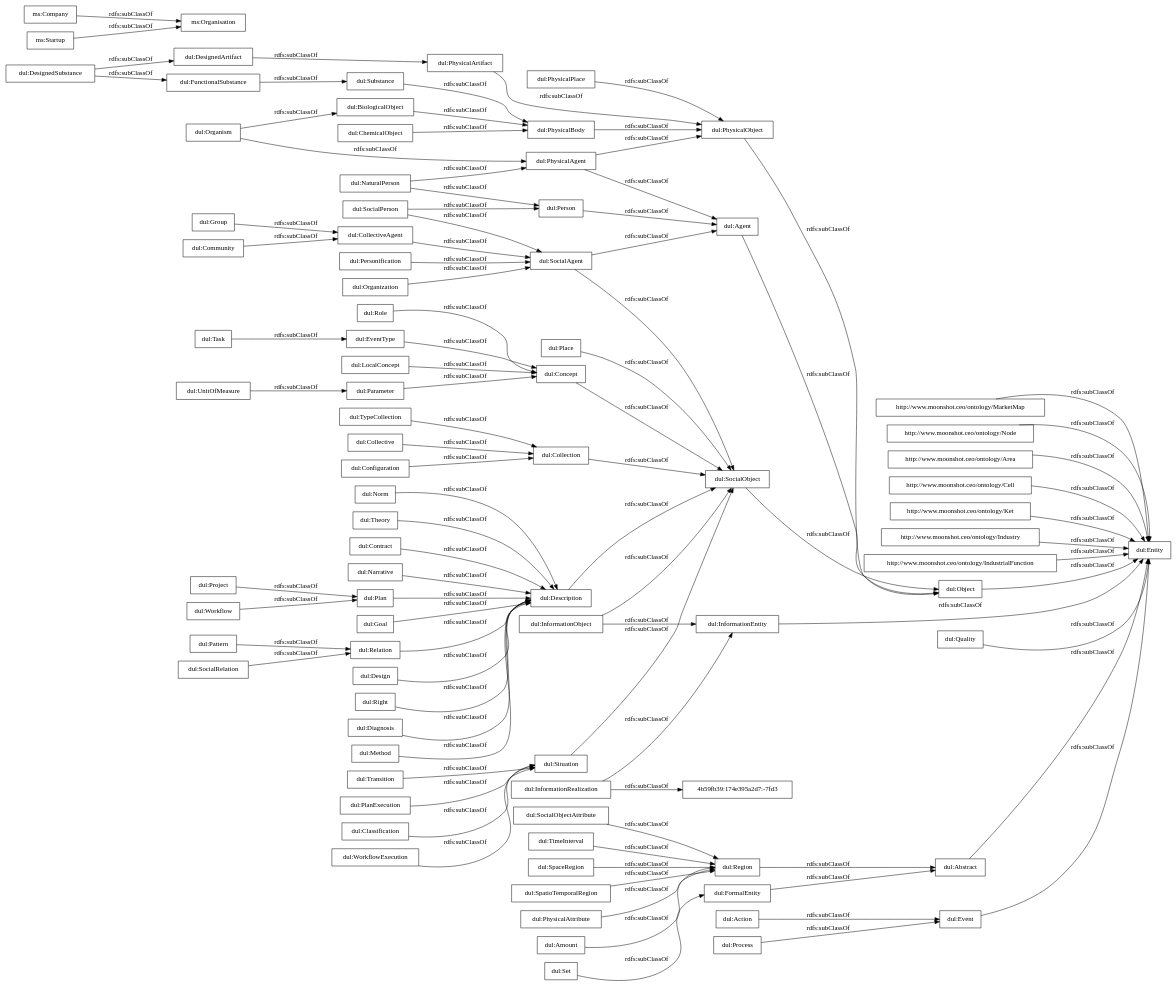
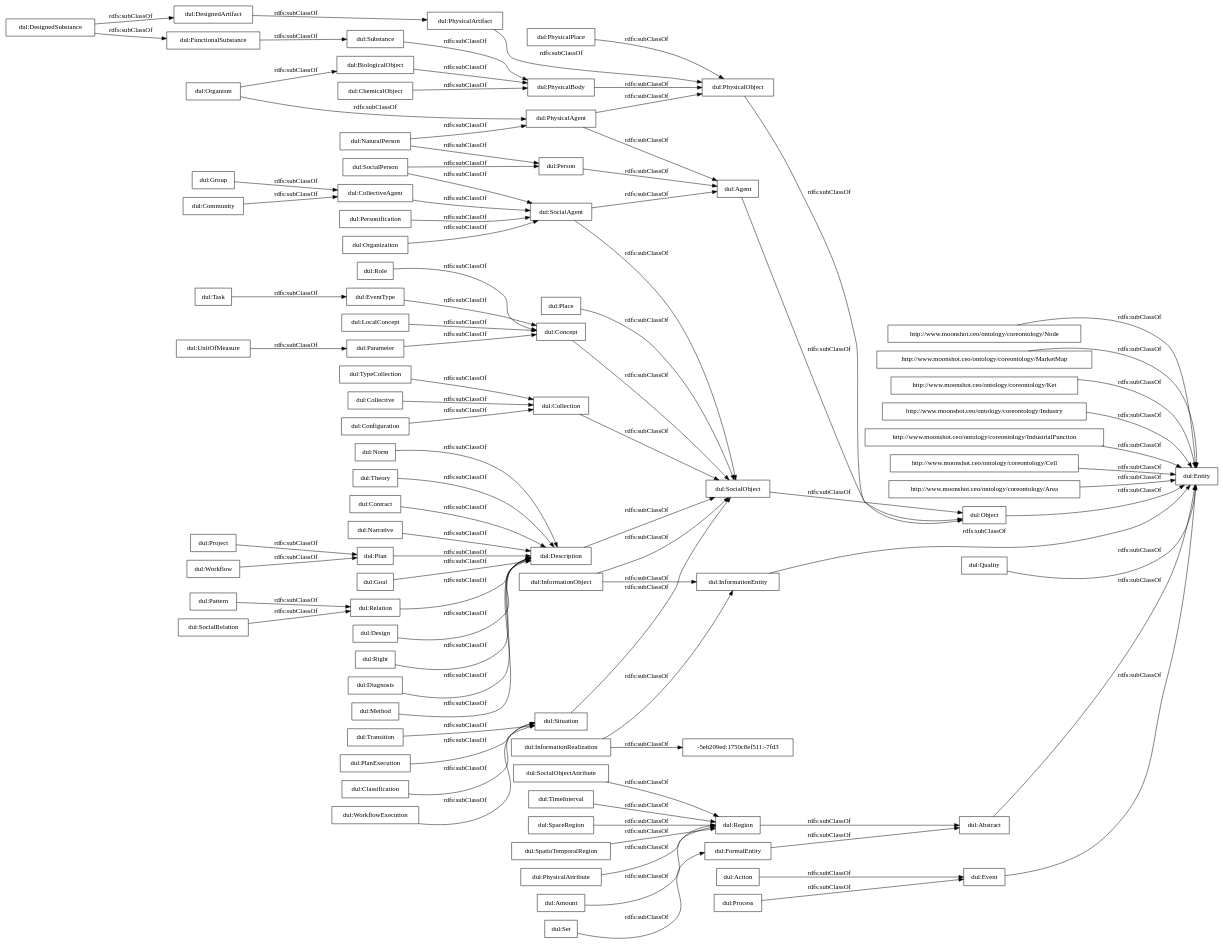
One commit to oeg-upm/IEBrain changed the diagram in OnToology/iebrain.ttl/diagrams/ar2dtool-taxonomy/iebrain.ttl.png.dot. Above: the diagram before and after it, drawn with Graphviz. The commit also changed 46 other files, not shown here.

```diff
--- a/OnToology/iebrain.ttl/diagrams/ar2dtool-taxonomy/iebrain.ttl.png.dot
+++ b/OnToology/iebrain.ttl/diagrams/ar2dtool-taxonomy/iebrain.ttl.png.dot
@@ -1,97 +1,95 @@
 digraph ar2dtool_diagram { 
 rankdir=LR;
 size="1000"
-node [shape = rectangle, color="black"]; "http://www.moonshot.ceo/ontology/MarketMap" "ms:Company" "ms:Startup" "http://www.moonshot.ceo/ontology/Node" "http://www.moonshot.ceo/ontology/Area" "http://www.moonshot.ceo/ontology/Cell" "http://www.moonshot.ceo/ontology/Ket" "http://www.moonshot.ceo/ontology/Industry" "http://www.moonshot.ceo/ontology/IndustrialFunction" "ms:Organisation" "dul:Goal" "dul:FormalEntity" "dul:EventType" "dul:PhysicalBody" "dul:Object" "dul:Description" "dul:PhysicalAgent" "dul:Relation" "dul:Role" "dul:Entity" "dul:Organism" "dul:Situation" "dul:Personification" "dul:UnitOfMeasure" "dul:Abstract" "dul:SocialPerson" "dul:Transition" "dul:Collective" "dul:CollectiveAgent" "dul:Amount" "dul:Plan" "dul:Design" "dul:Process" "dul:SocialObjectAttribute" "dul:Right" "dul:Task" "dul:DesignedSubstance" "dul:BiologicalObject" "dul:Place" "dul:Quality" "dul:Action" "dul:SocialAgent" "dul:Configuration" "dul:Project" "dul:PlanExecution" "dul:Pattern" "dul:Agent" "dul:Classification" "dul:Diagnosis" "dul:Parameter" "dul:WorkflowExecution" "dul:SocialObject" "dul:Group" "dul:Community" "dul:FunctionalSubstance" "dul:PhysicalPlace" "dul:Method" "dul:Concept" "dul:SocialRelation" "dul:Event" "dul:DesignedArtifact" "dul:TimeInterval" "dul:Person" "dul:TypeCollection" "dul:SpaceRegion" "dul:PhysicalObject" "dul:SpatioTemporalRegion" "dul:Norm" "dul:InformationRealization" "dul:Theory" "dul:PhysicalAttribute" "dul:NaturalPerson" "4b59fb39:174e395a2d7:-7fd3" "dul:Workflow" "dul:InformationObject" "dul:ChemicalObject" "dul:Contract" "dul:Narrative" "dul:Collection" "dul:Substance" "dul:Region" "dul:InformationEntity" "dul:PhysicalArtifact" "dul:Organization" "dul:Set" "dul:LocalConcept" ; /*classes style*/
+node [shape = rectangle, color="black"]; "http://www.moonshot.ceo/ontology/coreontology/Node" "http://www.moonshot.ceo/ontology/coreontology/MarketMap" "http://www.moonshot.ceo/ontology/coreontology/Ket" "http://www.moonshot.ceo/ontology/coreontology/Industry" "http://www.moonshot.ceo/ontology/coreontology/IndustrialFunction" "http://www.moonshot.ceo/ontology/coreontology/Cell" "http://www.moonshot.ceo/ontology/coreontology/Area" "dul:Goal" "dul:FormalEntity" "dul:EventType" "dul:PhysicalBody" "dul:Object" "dul:Description" "dul:PhysicalAgent" "dul:Relation" "dul:Role" "dul:Entity" "dul:Organism" "dul:Personification" "dul:Situation" "dul:UnitOfMeasure" "dul:Abstract" "dul:SocialPerson" "dul:Transition" "dul:Collective" "dul:CollectiveAgent" "-5eb209ed:1750c8ef511:-7fd3" "dul:Amount" "dul:Plan" "dul:Design" "dul:Process" "dul:SocialObjectAttribute" "dul:Right" "dul:Task" "dul:DesignedSubstance" "dul:BiologicalObject" "dul:Place" "dul:Quality" "dul:Action" "dul:SocialAgent" "dul:Configuration" "dul:Project" "dul:PlanExecution" "dul:Pattern" "dul:Agent" "dul:Classification" "dul:Diagnosis" "dul:Parameter" "dul:WorkflowExecution" "dul:SocialObject" "dul:Group" "dul:Community" "dul:FunctionalSubstance" "dul:PhysicalPlace" "dul:Method" "dul:Concept" "dul:TimeInterval" "dul:SocialRelation" "dul:Event" "dul:DesignedArtifact" "dul:Person" "dul:TypeCollection" "dul:SpaceRegion" "dul:PhysicalObject" "dul:SpatioTemporalRegion" "dul:Norm" "dul:Theory" "dul:InformationRealization" "dul:PhysicalAttribute" "dul:NaturalPerson" "dul:Workflow" "dul:InformationObject" "dul:ChemicalObject" "dul:Contract" "dul:Narrative" "dul:Collection" "dul:Substance" "dul:Region" "dul:InformationEntity" "dul:PhysicalArtifact" "dul:Organization" "dul:Set" "dul:LocalConcept" ; /*classes style*/
 	"dul:CollectiveAgent" -> "dul:SocialAgent" [ label = "rdfs:subClassOf" ];
 	"dul:Region" -> "dul:Abstract" [ label = "rdfs:subClassOf" ];
+	"http://www.moonshot.ceo/ontology/coreontology/Node" -> "dul:Entity" [ label = "rdfs:subClassOf" ];
 	"dul:TypeCollection" -> "dul:Collection" [ label = "rdfs:subClassOf" ];
 	"dul:PhysicalAttribute" -> "dul:Region" [ label = "rdfs:subClassOf" ];
 	"dul:Organization" -> "dul:SocialAgent" [ label = "rdfs:subClassOf" ];
-	"http://www.moonshot.ceo/ontology/Node" -> "dul:Entity" [ label = "rdfs:subClassOf" ];
 	"dul:Configuration" -> "dul:Collection" [ label = "rdfs:subClassOf" ];
 	"dul:Quality" -> "dul:Entity" [ label = "rdfs:subClassOf" ];
+	"http://www.moonshot.ceo/ontology/coreontology/Industry" -> "dul:Entity" [ label = "rdfs:subClassOf" ];
 	"dul:Description" -> "dul:SocialObject" [ label = "rdfs:subClassOf" ];
 	"dul:Community" -> "dul:CollectiveAgent" [ label = "rdfs:subClassOf" ];
 	"dul:Method" -> "dul:Description" [ label = "rdfs:subClassOf" ];
 	"dul:Concept" -> "dul:SocialObject" [ label = "rdfs:subClassOf" ];
 	"dul:Object" -> "dul:Entity" [ label = "rdfs:subClassOf" ];
 	"dul:Place" -> "dul:SocialObject" [ label = "rdfs:subClassOf" ];
 	"dul:PhysicalArtifact" -> "dul:PhysicalObject" [ label = "rdfs:subClassOf" ];
 	"dul:Organism" -> "dul:PhysicalAgent" [ label = "rdfs:subClassOf" ];
 	"dul:Organism" -> "dul:BiologicalObject" [ label = "rdfs:subClassOf" ];
 	"dul:Goal" -> "dul:Description" [ label = "rdfs:subClassOf" ];
 	"dul:FunctionalSubstance" -> "dul:Substance" [ label = "rdfs:subClassOf" ];
 	"dul:Role" -> "dul:Concept" [ label = "rdfs:subClassOf" ];
 	"dul:Collective" -> "dul:Collection" [ label = "rdfs:subClassOf" ];
 	"dul:InformationObject" -> "dul:SocialObject" [ label = "rdfs:subClassOf" ];
 	"dul:InformationObject" -> "dul:InformationEntity" [ label = "rdfs:subClassOf" ];
 	"dul:UnitOfMeasure" -> "dul:Parameter" [ label = "rdfs:subClassOf" ];
 	"dul:SocialObjectAttribute" -> "dul:Region" [ label = "rdfs:subClassOf" ];
 	"dul:WorkflowExecution" -> "dul:Situation" [ label = "rdfs:subClassOf" ];
 	"dul:Right" -> "dul:Description" [ label = "rdfs:subClassOf" ];
 	"dul:Task" -> "dul:EventType" [ label = "rdfs:subClassOf" ];
 	"dul:Set" -> "dul:FormalEntity" [ label = "rdfs:subClassOf" ];
 	"dul:DesignedSubstance" -> "dul:FunctionalSubstance" [ label = "rdfs:subClassOf" ];
 	"dul:DesignedSubstance" -> "dul:DesignedArtifact" [ label = "rdfs:subClassOf" ];
 	"dul:SocialObject" -> "dul:Object" [ label = "rdfs:subClassOf" ];
 	"dul:Parameter" -> "dul:Concept" [ label = "rdfs:subClassOf" ];
-	"dul:InformationRealization" -> "4b59fb39:174e395a2d7:-7fd3" [ label = "rdfs:subClassOf" ];
+	"dul:InformationRealization" -> "-5eb209ed:1750c8ef511:-7fd3" [ label = "rdfs:subClassOf" ];
 	"dul:InformationRealization" -> "dul:InformationEntity" [ label = "rdfs:subClassOf" ];
-	"ms:Company" -> "ms:Organisation" [ label = "rdfs:subClassOf" ];
+	"http://www.moonshot.ceo/ontology/coreontology/Area" -> "dul:Entity" [ label = "rdfs:subClassOf" ];
 	"dul:Substance" -> "dul:PhysicalBody" [ label = "rdfs:subClassOf" ];
-	"dul:Event" -> "dul:Entity" [ label = "rdfs:subClassOf" ];
 	"dul:PhysicalAgent" -> "dul:PhysicalObject" [ label = "rdfs:subClassOf" ];
 	"dul:PhysicalAgent" -> "dul:Agent" [ label = "rdfs:subClassOf" ];
-	"http://www.moonshot.ceo/ontology/Area" -> "dul:Entity" [ label = "rdfs:subClassOf" ];
+	"dul:Event" -> "dul:Entity" [ label = "rdfs:subClassOf" ];
 	"dul:Project" -> "dul:Plan" [ label = "rdfs:subClassOf" ];
 	"dul:PhysicalObject" -> "dul:Object" [ label = "rdfs:subClassOf" ];
 	"dul:Situation" -> "dul:SocialObject" [ label = "rdfs:subClassOf" ];
 	"dul:Action" -> "dul:Event" [ label = "rdfs:subClassOf" ];
 	"dul:Design" -> "dul:Description" [ label = "rdfs:subClassOf" ];
 	"dul:EventType" -> "dul:Concept" [ label = "rdfs:subClassOf" ];
 	"dul:Classification" -> "dul:Situation" [ label = "rdfs:subClassOf" ];
-	"http://www.moonshot.ceo/ontology/IndustrialFunction" -> "dul:Entity" [ label = "rdfs:subClassOf" ];
 	"dul:Workflow" -> "dul:Plan" [ label = "rdfs:subClassOf" ];
 	"dul:Pattern" -> "dul:Relation" [ label = "rdfs:subClassOf" ];
+	"http://www.moonshot.ceo/ontology/coreontology/Cell" -> "dul:Entity" [ label = "rdfs:subClassOf" ];
 	"dul:Transition" -> "dul:Situation" [ label = "rdfs:subClassOf" ];
 	"dul:Norm" -> "dul:Description" [ label = "rdfs:subClassOf" ];
 	"dul:Person" -> "dul:Agent" [ label = "rdfs:subClassOf" ];
-	"http://www.moonshot.ceo/ontology/Ket" -> "dul:Entity" [ label = "rdfs:subClassOf" ];
-	"http://www.moonshot.ceo/ontology/Cell" -> "dul:Entity" [ label = "rdfs:subClassOf" ];
 	"dul:Contract" -> "dul:Description" [ label = "rdfs:subClassOf" ];
 	"dul:PhysicalPlace" -> "dul:PhysicalObject" [ label = "rdfs:subClassOf" ];
 	"dul:Relation" -> "dul:Description" [ label = "rdfs:subClassOf" ];
 	"dul:SocialRelation" -> "dul:Relation" [ label = "rdfs:subClassOf" ];
 	"dul:PlanExecution" -> "dul:Situation" [ label = "rdfs:subClassOf" ];
-	"http://www.moonshot.ceo/ontology/MarketMap" -> "dul:Entity" [ label = "rdfs:subClassOf" ];
 	"dul:LocalConcept" -> "dul:Concept" [ label = "rdfs:subClassOf" ];
 	"dul:FormalEntity" -> "dul:Abstract" [ label = "rdfs:subClassOf" ];
 	"dul:PhysicalBody" -> "dul:PhysicalObject" [ label = "rdfs:subClassOf" ];
-	"http://www.moonshot.ceo/ontology/Industry" -> "dul:Entity" [ label = "rdfs:subClassOf" ];
+	"http://www.moonshot.ceo/ontology/coreontology/IndustrialFunction" -> "dul:Entity" [ label = "rdfs:subClassOf" ];
 	"dul:BiologicalObject" -> "dul:PhysicalBody" [ label = "rdfs:subClassOf" ];
 	"dul:SocialPerson" -> "dul:SocialAgent" [ label = "rdfs:subClassOf" ];
 	"dul:SocialPerson" -> "dul:Person" [ label = "rdfs:subClassOf" ];
 	"dul:NaturalPerson" -> "dul:PhysicalAgent" [ label = "rdfs:subClassOf" ];
 	"dul:NaturalPerson" -> "dul:Person" [ label = "rdfs:subClassOf" ];
 	"dul:TimeInterval" -> "dul:Region" [ label = "rdfs:subClassOf" ];
+	"http://www.moonshot.ceo/ontology/coreontology/MarketMap" -> "dul:Entity" [ label = "rdfs:subClassOf" ];
 	"dul:Collection" -> "dul:SocialObject" [ label = "rdfs:subClassOf" ];
 	"dul:InformationEntity" -> "dul:Entity" [ label = "rdfs:subClassOf" ];
 	"dul:SpatioTemporalRegion" -> "dul:Region" [ label = "rdfs:subClassOf" ];
 	"dul:Personification" -> "dul:SocialAgent" [ label = "rdfs:subClassOf" ];
 	"dul:DesignedArtifact" -> "dul:PhysicalArtifact" [ label = "rdfs:subClassOf" ];
 	"dul:ChemicalObject" -> "dul:PhysicalBody" [ label = "rdfs:subClassOf" ];
+	"http://www.moonshot.ceo/ontology/coreontology/Ket" -> "dul:Entity" [ label = "rdfs:subClassOf" ];
 	"dul:Narrative" -> "dul:Description" [ label = "rdfs:subClassOf" ];
 	"dul:Process" -> "dul:Event" [ label = "rdfs:subClassOf" ];
 	"dul:Theory" -> "dul:Description" [ label = "rdfs:subClassOf" ];
 	"dul:Abstract" -> "dul:Entity" [ label = "rdfs:subClassOf" ];
 	"dul:SpaceRegion" -> "dul:Region" [ label = "rdfs:subClassOf" ];
 	"dul:Plan" -> "dul:Description" [ label = "rdfs:subClassOf" ];
 	"dul:Group" -> "dul:CollectiveAgent" [ label = "rdfs:subClassOf" ];
 	"dul:SocialAgent" -> "dul:SocialObject" [ label = "rdfs:subClassOf" ];
 	"dul:SocialAgent" -> "dul:Agent" [ label = "rdfs:subClassOf" ];
-	"ms:Startup" -> "ms:Organisation" [ label = "rdfs:subClassOf" ];
 	"dul:Diagnosis" -> "dul:Description" [ label = "rdfs:subClassOf" ];
 	"dul:Agent" -> "dul:Object" [ label = "rdfs:subClassOf" ];
 	"dul:Amount" -> "dul:Region" [ label = "rdfs:subClassOf" ];
 
 }
```
